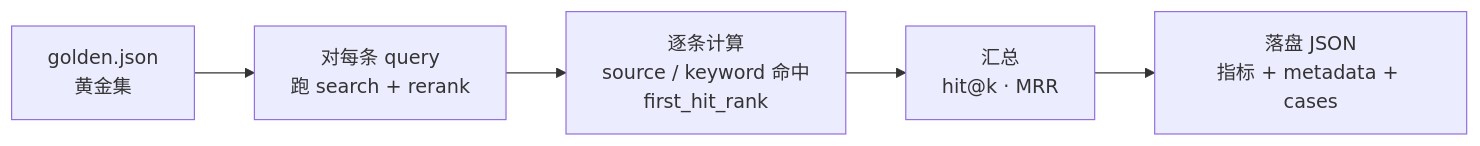
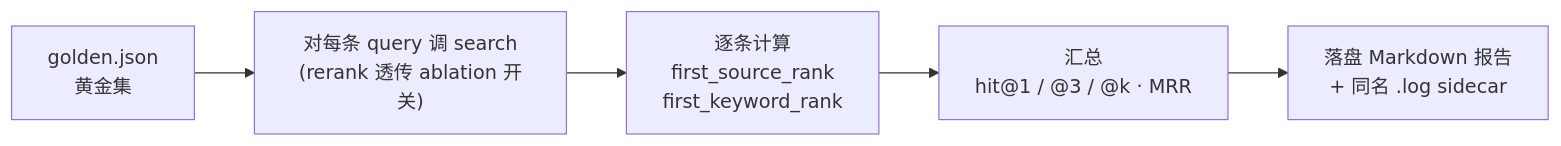
The fifth of 5 diagrams in design.md (michaelwangzhenan/AgentA), drawn with Mermaid before and after one commit. The commit also changed other lines of this file, not shown here.

````diff
--- a/design.md
+++ b/design.md
@@ -135,7 +128,7 @@
 ```mermaid
 flowchart LR
-    G["golden.json<br/>黄金集"] --> R["对每条 query<br/>跑 search + rerank"]
-    R --> M["逐条计算<br/>source / keyword 命中<br/>first_hit_rank"]
-    M --> A["汇总<br/>hit@k · MRR"]
-    A --> O["落盘 JSON<br/>指标 + metadata + cases"]
+    G["golden.json<br/>黄金集"] --> R["对每条 query 调 search<br/>(rerank 透传 ablation 开关)"]
+    R --> M["逐条计算<br/>first_source_rank<br/>first_keyword_rank"]
+    M --> A["汇总<br/>hit@1 / @3 / @k · MRR"]
+    A --> O["落盘 Markdown 报告<br/>+ 同名 .log sidecar"]
 ```
````
